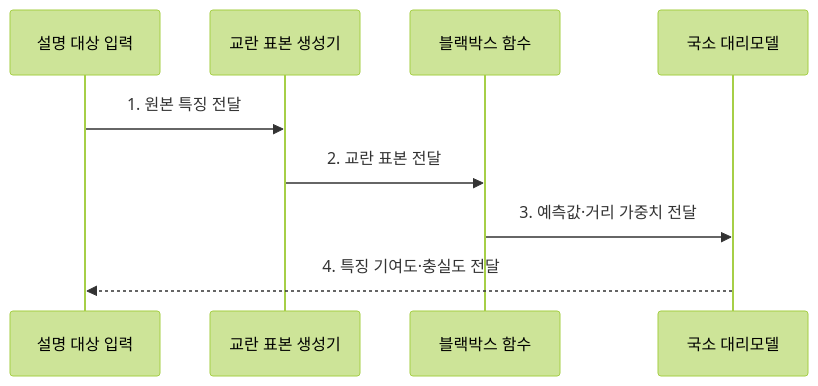
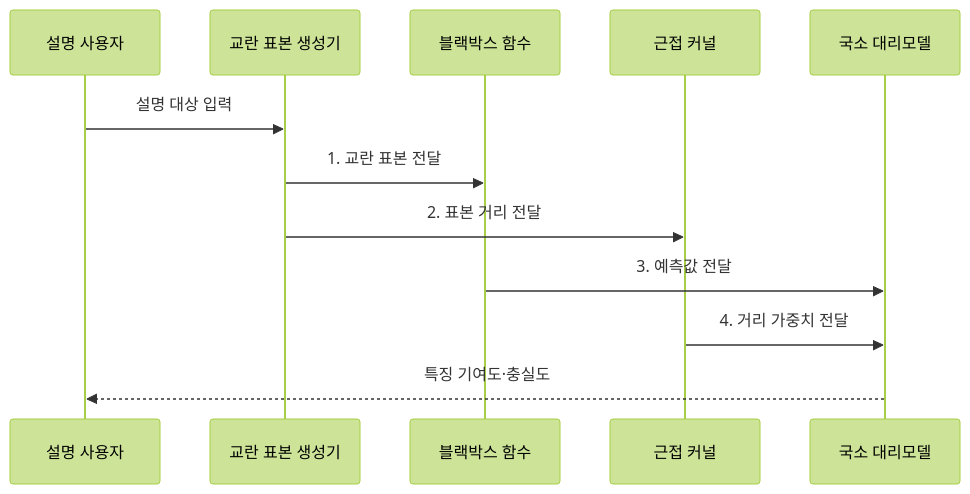
One commit to agnusdei1207/knowledge-base changed the second of 2 diagrams in src/content/docs/notes/08-latest-tech/105_lime.md. Above: the diagram before and after it, drawn with Mermaid (forest theme). The commit also changed other lines of this file and 225 other files, not shown here.

````diff
--- a/src/content/docs/notes/08-latest-tech/105_lime.md
+++ b/src/content/docs/notes/08-latest-tech/105_lime.md
@@ -77,11 +77,14 @@
 ```mermaid
 sequenceDiagram
-    participant I as 설명 대상 입력
+    participant U as 설명 사용자
     participant P as 교란 표본 생성기
     participant B as 블랙박스 함수
+    participant K as 근접 커널
     participant L as 국소 대리모델
-    I->>P: 1. 원본 특징 전달
-    P->>B: 2. 교란 표본 전달
-    B->>L: 3. 예측값·거리 가중치 전달
-    L-->>I: 4. 특징 기여도·충실도 전달
+    U->>P: 설명 대상 입력
+    P->>B: 1. 교란 표본 전달
+    P->>K: 2. 표본 거리 전달
+    B->>L: 3. 예측값 전달
+    K->>L: 4. 거리 가중치 전달
+    L-->>U: 특징 기여도·충실도
 ```
````
